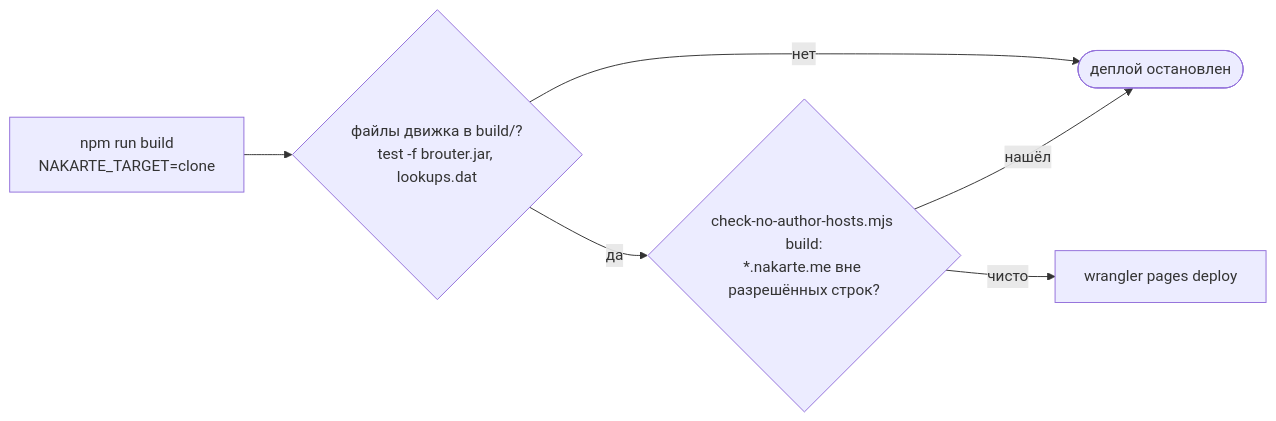
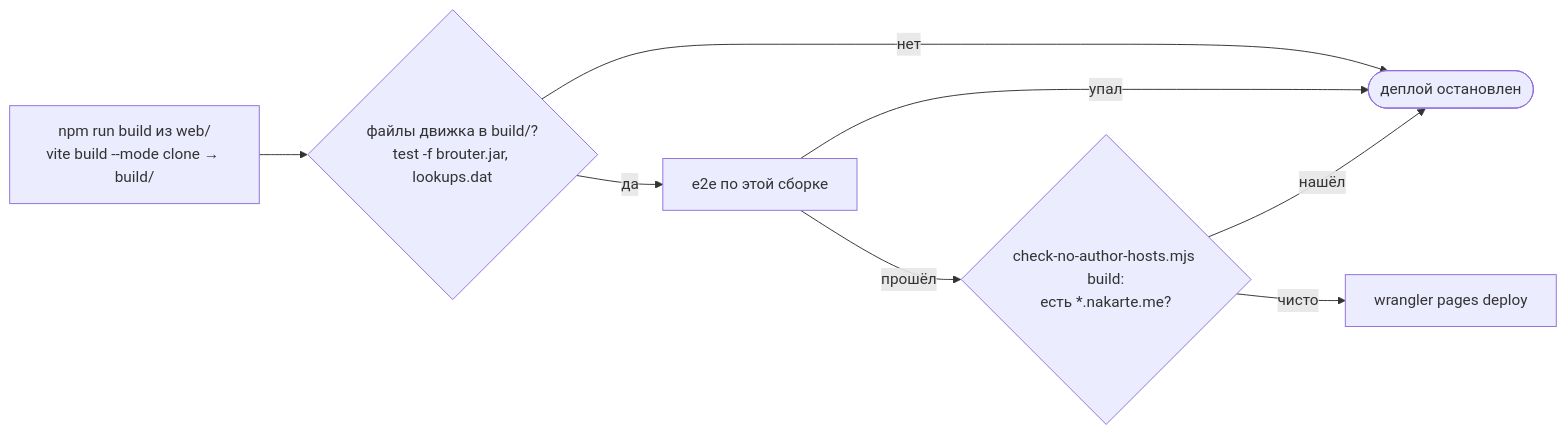
The second of 2 diagrams in docs/architecture/protection.md (sergeycw/nakarte), drawn with Mermaid before and after one commit. The commit also changed other lines of this file and 17 other files, not shown here.

````diff
--- a/docs/architecture/protection.md
+++ b/docs/architecture/protection.md
@@ -40,14 +40,16 @@
 ```mermaid
 flowchart LR
-    build["npm run build<br/>NAKARTE_TARGET=clone"]
+    build["npm run build из web/<br/>vite build --mode clone → build/"]
     engine{"файлы движка в build/?<br/>test -f brouter.jar, lookups.dat"}
-    scan{"check-no-author-hosts.mjs build:<br/>*.nakarte.me вне разрешённых строк?"}
+    scan{"check-no-author-hosts.mjs build:<br/>есть *.nakarte.me?"}
     deploy["wrangler pages deploy"]
     stop(["деплой остановлен"])
 
     build --> engine
     engine -->|"нет"| stop
-    engine -->|"да"| scan
+    engine -->|"да"| e2e["e2e по этой сборке"]
+    e2e -->|"упал"| stop
+    e2e -->|"прошёл"| scan
     scan -->|"нашёл"| stop
     scan -->|"чисто"| deploy
 ```
````
